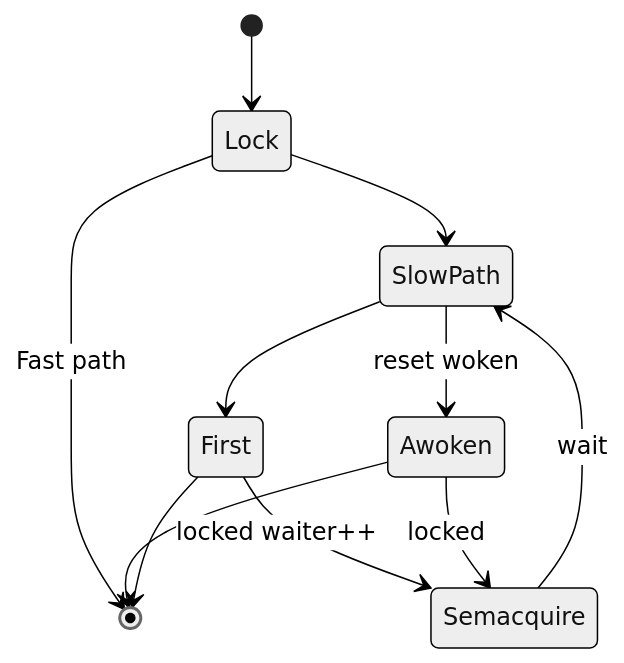
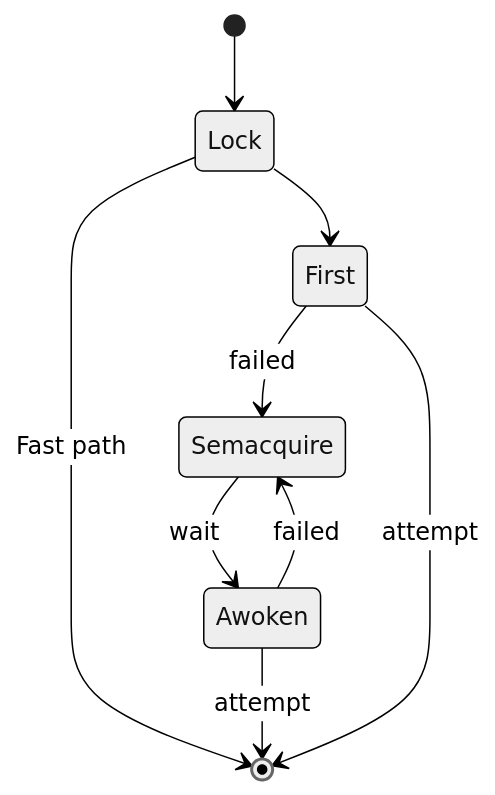
One commit to wdvxdr1123/blog changed the diagram in content/posts/go_mutex.md. Above: the diagram before and after it, drawn with Mermaid (neutral theme). The commit also changed other lines of this file, not shown here.

```diff
--- a/content/posts/go_mutex.md
+++ b/content/posts/go_mutex.md
@@ -166,13 +166,11 @@
 {{< mermaid >}}
 stateDiagram
     [*] --> Lock
     Lock --> [*]:Fast path
-    Lock --> SlowPath
-    Semacquire --> SlowPath:wait
-    SlowPath --> First
-    First --> Semacquire:locked waiter++
-    SlowPath --> Awoken:reset woken
-    Awoken --> Semacquire: locked
-    Awoken --> [*]
-    First --> [*]
+    Lock --> First
+    Semacquire --> Awoken:wait
+    First --> Semacquire:failed
+    Awoken --> Semacquire: failed
+    Awoken --> [*]:attempt
+    First --> [*]:attempt
 {{< /mermaid >}}
```
